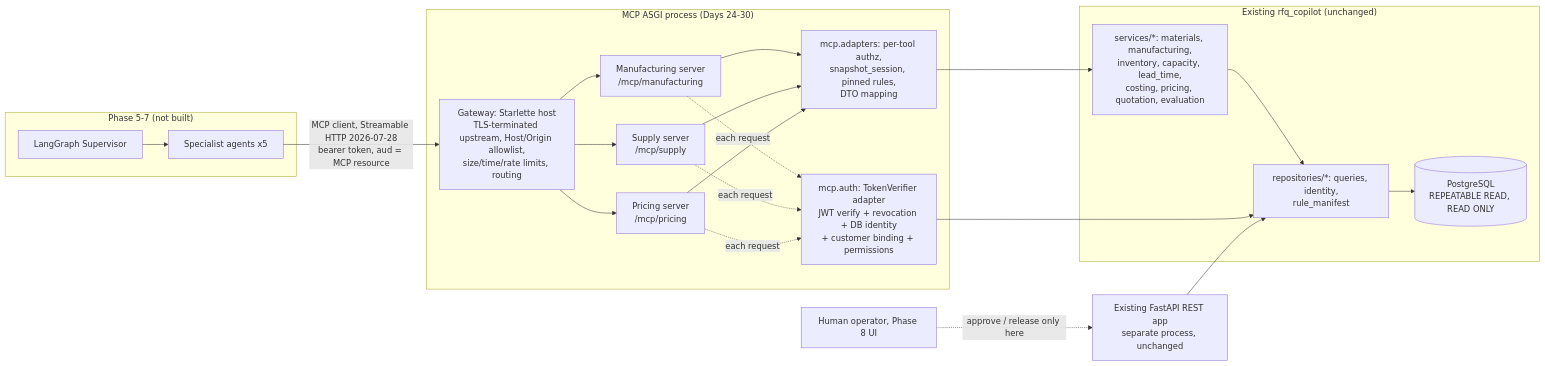
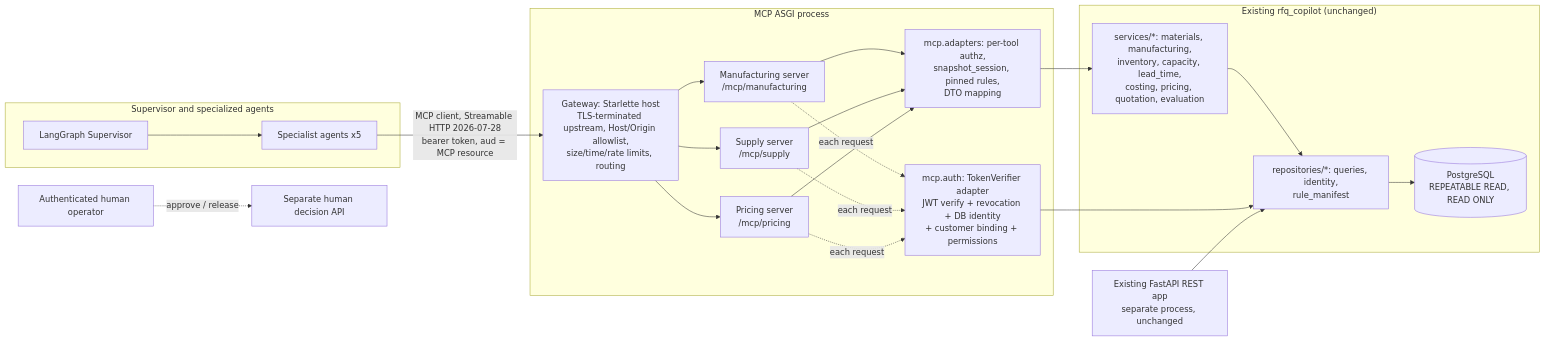
One commit to smitshah02/engineering-rfq-copilot changed the diagram in docs/architecture/mcp_architecture.md. Above: the diagram before and after it, drawn with Mermaid. The commit also changed other lines of this file and 65 other files, not shown here.

````diff
--- a/docs/architecture/mcp_architecture.md
+++ b/docs/architecture/mcp_architecture.md
@@ -23,32 +23,32 @@
 ```mermaid
 flowchart LR
-    subgraph Agents["Phase 5-7 (not built)"]
+    subgraph Agents["Supervisor and specialized agents"]
         SUP[LangGraph Supervisor]
         SPEC[Specialist agents x5]
     end
     SUP --> SPEC
     SPEC -->|MCP client, Streamable HTTP 2026-07-28\nbearer token, aud = MCP resource| GW
 
-    subgraph MCPProc["MCP ASGI process (Days 24-30)"]
+    subgraph MCPProc["MCP ASGI process"]
         GW[Gateway: Starlette host\nTLS-terminated upstream, Host/Origin allowlist,\nsize/time/rate limits, routing]
         AUTH[mcp.auth: TokenVerifier adapter\nJWT verify + revocation + DB identity\n+ customer binding + permissions]
         MFG[Manufacturing server\n/mcp/manufacturing]
         SUPP[Supply server\n/mcp/supply]
         PRC[Pricing server\n/mcp/pricing]
         ADP[mcp.adapters: per-tool authz,\nsnapshot_session, pinned rules,\nDTO mapping]
         GW --> MFG & SUPP & PRC
         MFG & SUPP & PRC -.each request.-> AUTH
         MFG & SUPP & PRC --> ADP
     end
 
     subgraph Core["Existing rfq_copilot (unchanged)"]
         SVC[services/*: materials, manufacturing,\ninventory, capacity, lead_time,\ncosting, pricing, quotation, evaluation]
         REPO[repositories/*: queries, identity,\nrule_manifest]
         DB[(PostgreSQL\nREPEATABLE READ, READ ONLY)]
     end
     ADP --> SVC --> REPO --> DB
     AUTH --> REPO
 
     API[Existing FastAPI REST app\nseparate process, unchanged] --> REPO
-    HUMAN[Human operator, Phase 8 UI] -.approve / release only here.-> API
+    HUMAN[Authenticated human operator] -.approve / release.-> DECISION[Separate human decision API]
 ```
````
